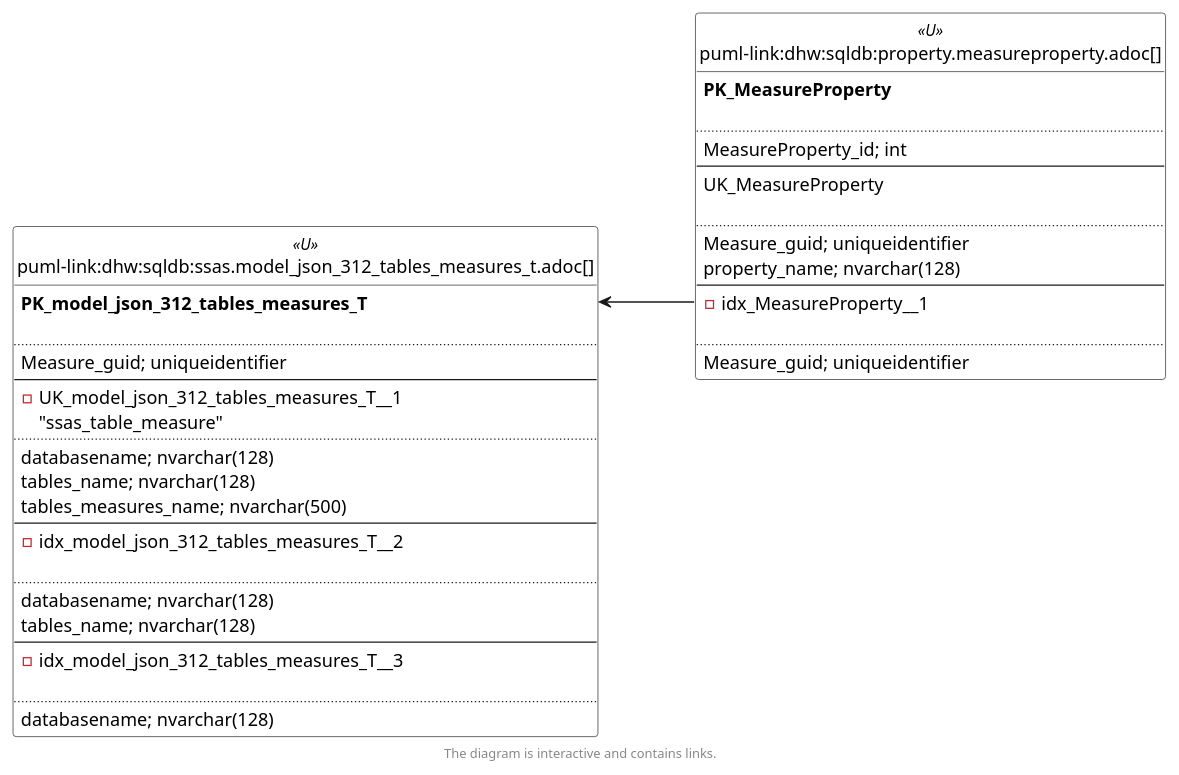
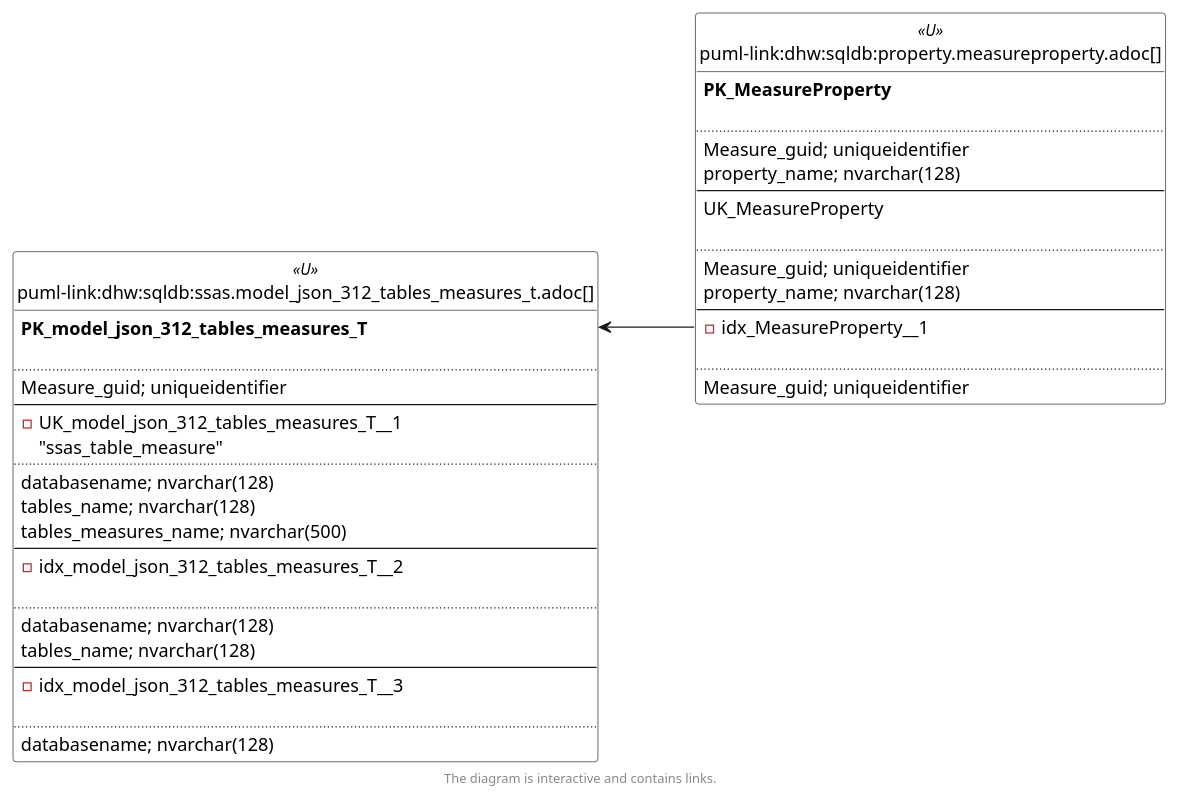
Before and after one commit to DataHandwerk/dhw-antora-sqldb: the second of 6 diagrams in docs/modules/sqldb/partials/content/ssas.model_json_312_tables_measures_t.adoc, drawn with PlantUML. The commit also changed other lines of this file and 751 other files, not shown here.

```diff
--- a/docs/modules/sqldb/partials/content/ssas.model_json_312_tables_measures_t.adoc
+++ b/docs/modules/sqldb/partials/content/ssas.model_json_312_tables_measures_t.adoc
@@ -1087,79 +1086,80 @@
 [plantuml, entity_1_1_fk-{docname}, svg, subs=macros]
 ....
 @startuml
 left to right direction
 'top to bottom direction
 hide circle
 'avoide "." issues:
 set namespaceSeparator none
 
 
 skinparam class {
   BackgroundColor White
   BackgroundColor<<FN>> Yellow
   BackgroundColor<<FS>> Yellow
   BackgroundColor<<FT>> LightGray
   BackgroundColor<<IF>> Yellow
   BackgroundColor<<IS>> Yellow
   BackgroundColor<<P>>  Aqua
   BackgroundColor<<PC>> Aqua
   BackgroundColor<<SN>> Yellow
   BackgroundColor<<SO>> SlateBlue
   BackgroundColor<<TF>> LightGray
   BackgroundColor<<TR>> Tomato
   BackgroundColor<<U>>  White
   BackgroundColor<<V>>  WhiteSmoke
   BackgroundColor<<X>>  Aqua
   BackgroundColor<<external>> AliceBlue
 }
 
 
 entity "puml-link:dhw:sqldb:property.measureproperty.adoc[]" as property.MeasureProperty << U >> {
 **PK_MeasureProperty**
 
 ..
-MeasureProperty_id; int
+Measure_guid; uniqueidentifier
+property_name; nvarchar(128)
 --
 UK_MeasureProperty
 
 ..
 Measure_guid; uniqueidentifier
 property_name; nvarchar(128)
 --
 - idx_MeasureProperty__1
 
 ..
 Measure_guid; uniqueidentifier
 }
 
 entity "puml-link:dhw:sqldb:ssas.model_json_312_tables_measures_t.adoc[]" as ssas.model_json_312_tables_measures_T << U >> {
 **PK_model_json_312_tables_measures_T**
 
 ..
 Measure_guid; uniqueidentifier
 --
 - UK_model_json_312_tables_measures_T__1
 "ssas_table_measure"
 ..
 databasename; nvarchar(128)
 tables_name; nvarchar(128)
 tables_measures_name; nvarchar(500)
 --
 - idx_model_json_312_tables_measures_T__2
 
 ..
 databasename; nvarchar(128)
 tables_name; nvarchar(128)
 --
 - idx_model_json_312_tables_measures_T__3
 
 ..
 databasename; nvarchar(128)
 }
 
 "ssas.model_json_312_tables_measures_T::PK_model_json_312_tables_measures_T" <-- "property.MeasureProperty::idx_MeasureProperty__1"
 
 footer The diagram is interactive and contains links.
 
 @enduml
 ....
```
